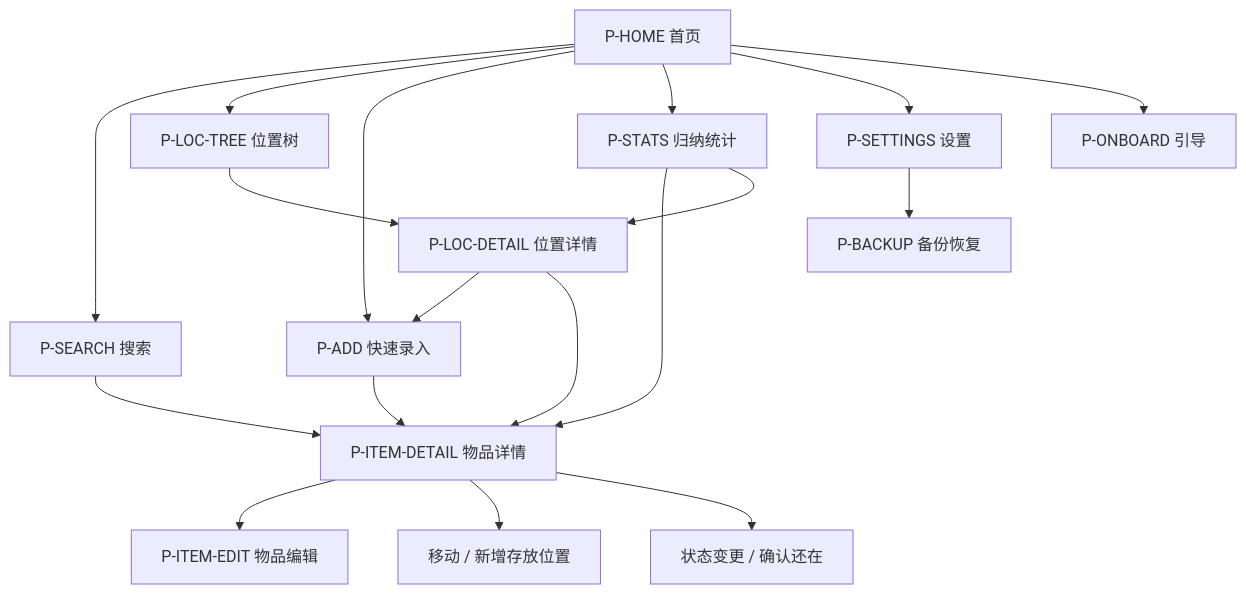
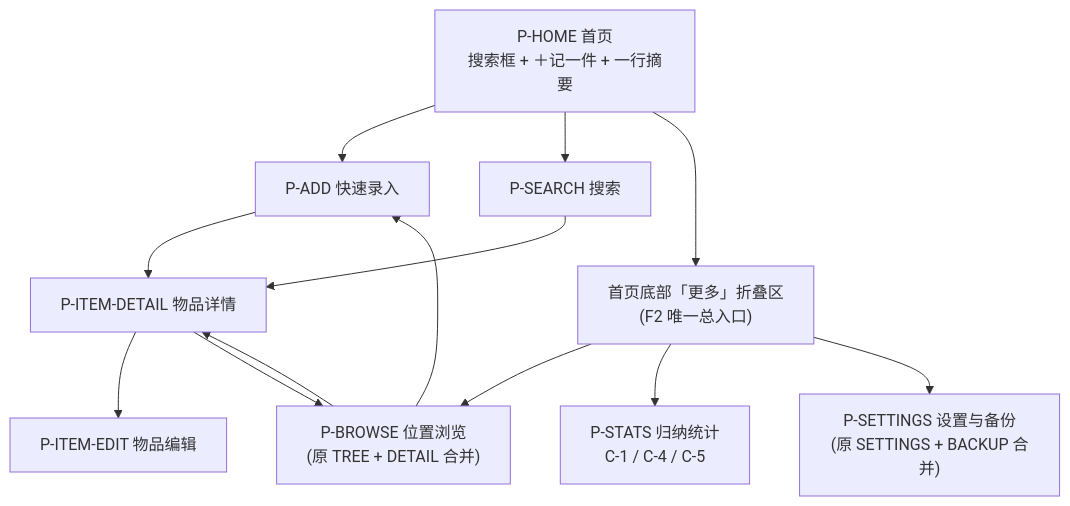
One commit to dreamfound/shouna changed the diagram in docs/prd/07-页面结构与关键交互.md. Above: the diagram before and after it, drawn with Mermaid. The commit also changed other lines of this file and 16 other files, not shown here.

````diff
--- a/docs/prd/07-页面结构与关键交互.md
+++ b/docs/prd/07-页面结构与关键交互.md
@@ -29,24 +35,25 @@
 ```mermaid
 graph TD
-    HOME[P-HOME 首页] --> SEARCH[P-SEARCH 搜索]
-    HOME --> LOCTREE[P-LOC-TREE 位置树]
-    HOME --> ADD[P-ADD 快速录入]
-    HOME --> STATS[P-STATS 归纳统计]
-    HOME --> SET[P-SETTINGS 设置]
-    HOME --> ONB[P-ONBOARD 引导]
+    HOME["P-HOME 首页<br/>搜索框 + ＋记一件 + 一行摘要"]
+    MORE["首页底部「更多」折叠区<br/>(F2 唯一总入口)"]
+    ADD["P-ADD 快速录入"]
+    SEARCH["P-SEARCH 搜索"]
+    ITEMDET["P-ITEM-DETAIL 物品详情"]
+    BROWSE["P-BROWSE 位置浏览<br/>(原 TREE + DETAIL 合并)"]
+    STATS["P-STATS 归纳统计<br/>C-1 / C-4 / C-5"]
+    EDIT["P-ITEM-EDIT 物品编辑"]
+    SET["P-SETTINGS 设置与备份<br/>(原 SETTINGS + BACKUP 合并)"]
 
-    LOCTREE --> LOCDET[P-LOC-DETAIL 位置详情]
-    LOCDET --> ADD
-    LOCDET --> ITEMDET[P-ITEM-DETAIL 物品详情]
-
+    HOME --> ADD
+    HOME --> SEARCH
+    HOME --> MORE
+    MORE --> BROWSE
+    MORE --> STATS
+    MORE --> SET
+    ADD --> ITEMDET
     SEARCH --> ITEMDET
-    ADD --> ITEMDET
-    STATS --> ITEMDET
-    STATS --> LOCDET
-
-    ITEMDET --> ITEMEDIT[P-ITEM-EDIT 物品编辑]
-    ITEMDET --> MOVE[移动 / 新增存放位置]
-    ITEMDET --> STATUS[状态变更 / 确认还在]
-
-    SET --> BACKUP[P-BACKUP 备份恢复]
+    BROWSE --> ADD
+    BROWSE --> ITEMDET
+    ITEMDET --> EDIT
+    ITEMDET --> BROWSE
 ```
````
